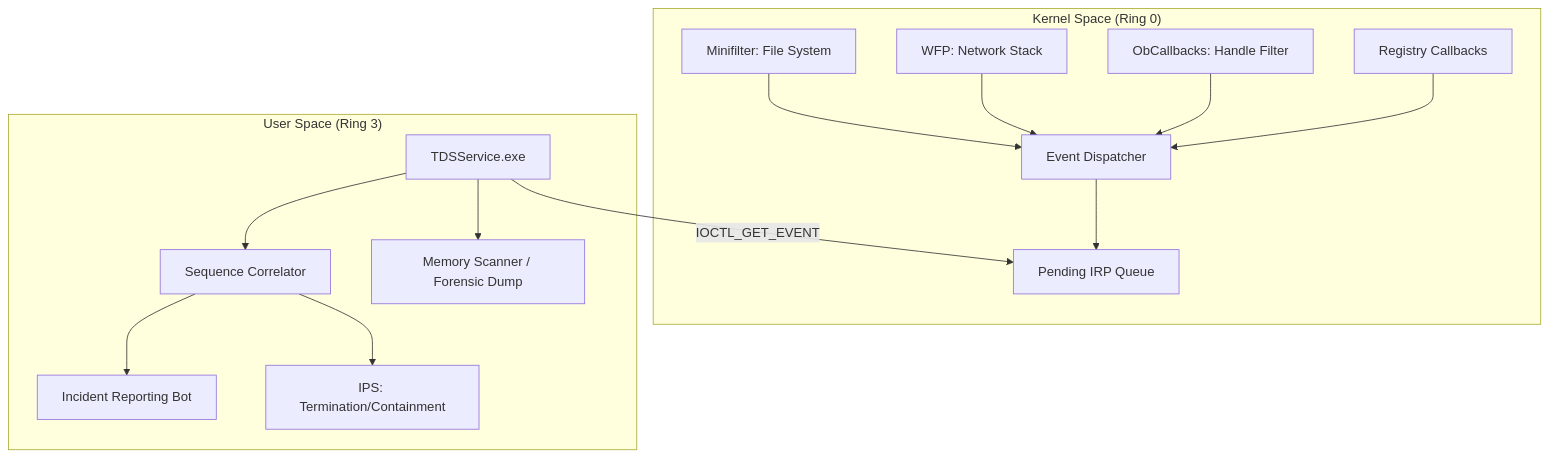
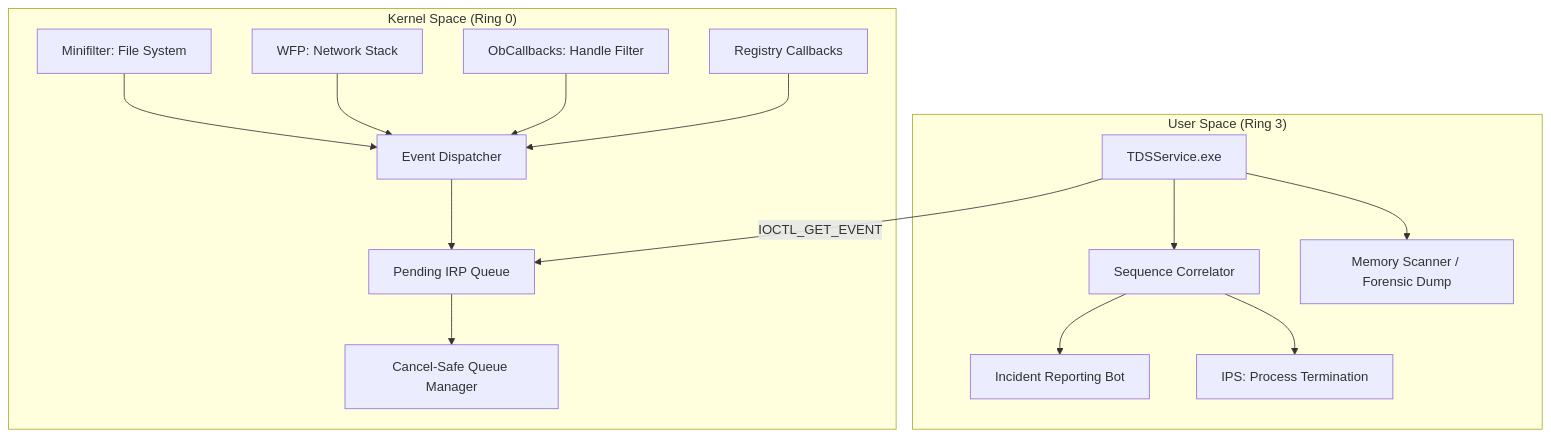
The diagram in README.md (genesisgzdev/threat-detection-suite), drawn with Mermaid before and after one commit. The commit also changed other lines of this file, not shown here.

````diff
--- a/README.md
+++ b/README.md
@@ -9,17 +25,18 @@
 ```mermaid
 graph TD
     subgraph "Kernel Space (Ring 0)"
         A[Minifilter: File System] --> E[Event Dispatcher]
         B[WFP: Network Stack] --> E
         C[ObCallbacks: Handle Filter] --> E
         D[Registry Callbacks] --> E
         E --> F[Pending IRP Queue]
+        F --> G[Cancel-Safe Queue Manager]
     end
     subgraph "User Space (Ring 3)"
-        G[TDSService.exe] -->|IOCTL_GET_EVENT| F
-        G --> H[Sequence Correlator]
-        H --> I[Incident Reporting Bot]
-        H --> J[IPS: Termination/Containment]
-        G --> K[Memory Scanner / Forensic Dump]
+        H[TDSService.exe] -->|IOCTL_GET_EVENT| F
+        H --> I[Sequence Correlator]
+        I --> J[Incident Reporting Bot]
+        I --> K[IPS: Process Termination]
+        H --> L[Memory Scanner / Forensic Dump]
     end
 ```
````
